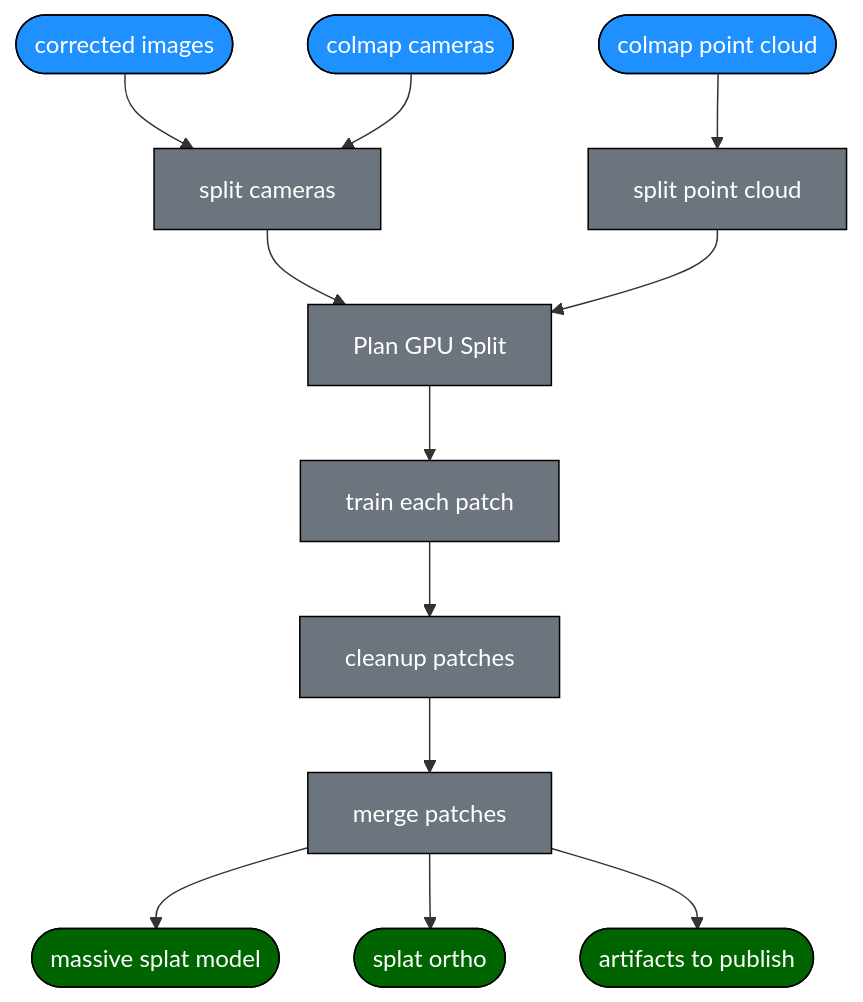
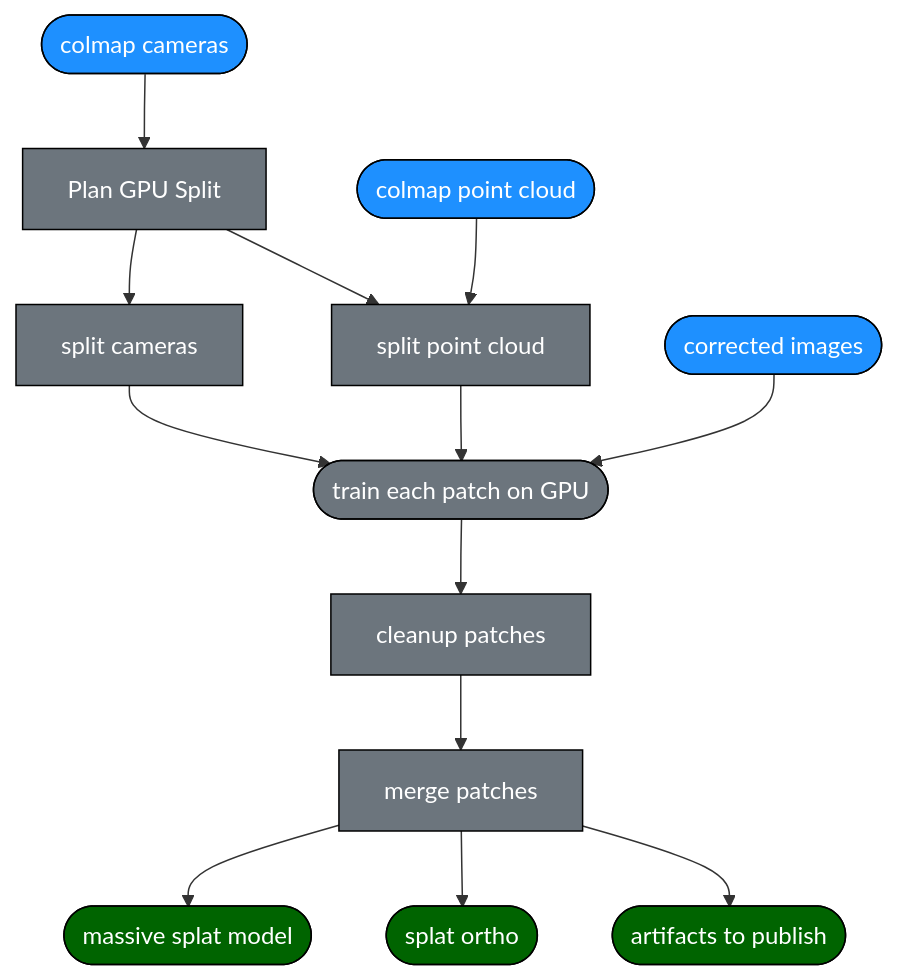
One commit to wildflowai/splat changed the diagram in README.md. Above: the diagram before and after it, drawn with Mermaid.

Commit message:
upd diagram

````diff
--- a/README.md
+++ b/README.md
@@ -21,49 +21,49 @@
 ```mermaid
 flowchart TD
     %% Inputs
     style A fill:#1E90FF,stroke:#000,stroke-width:1px,color:#fff
     style B fill:#1E90FF,stroke:#000,stroke-width:1px,color:#fff
     style C fill:#1E90FF,stroke:#000,stroke-width:1px,color:#fff
 
     A([corrected images]) 
     B([colmap cameras])
     C([colmap point cloud])
 
     %% Transformations
+    style F fill:#6C757D,stroke:#000,stroke-width:1px,color:#fff
     style D fill:#6C757D,stroke:#000,stroke-width:1px,color:#fff
     style E fill:#6C757D,stroke:#000,stroke-width:1px,color:#fff
-    style F fill:#6C757D,stroke:#000,stroke-width:1px,color:#fff
     style G fill:#6C757D,stroke:#000,stroke-width:1px,color:#fff
     style H fill:#6C757D,stroke:#000,stroke-width:1px,color:#fff
     style I fill:#6C757D,stroke:#000,stroke-width:1px,color:#fff
 
+    F[Plan GPU Split]
     D[split cameras]
     E[split point cloud]
-    F[Plan GPU Split]
-    G[train each patch]
+    G([train each patch on GPU])
     H[cleanup patches]
     I[merge patches]
 
     %% Outputs
     style J1 fill:#006400,stroke:#000,stroke-width:1px,color:#fff
     style J2 fill:#006400,stroke:#000,stroke-width:1px,color:#fff
     style J3 fill:#006400,stroke:#000,stroke-width:1px,color:#fff
 
     J1([massive splat model])
     J2([splat ortho])
     J3([artifacts to publish])
 
     %% Flow connections
-    A --> D
-    B --> D
-    C --> E
-    D --> F
-    E --> F
-    F --> G
+    B --> F
+    F --> D
+    F --> E
+    D --> G
+    E --> G
+    A --> G
     G --> H
     H --> I
     I --> J1
     I --> J2
     I --> J3
-
+    C --> E
 ```
````
